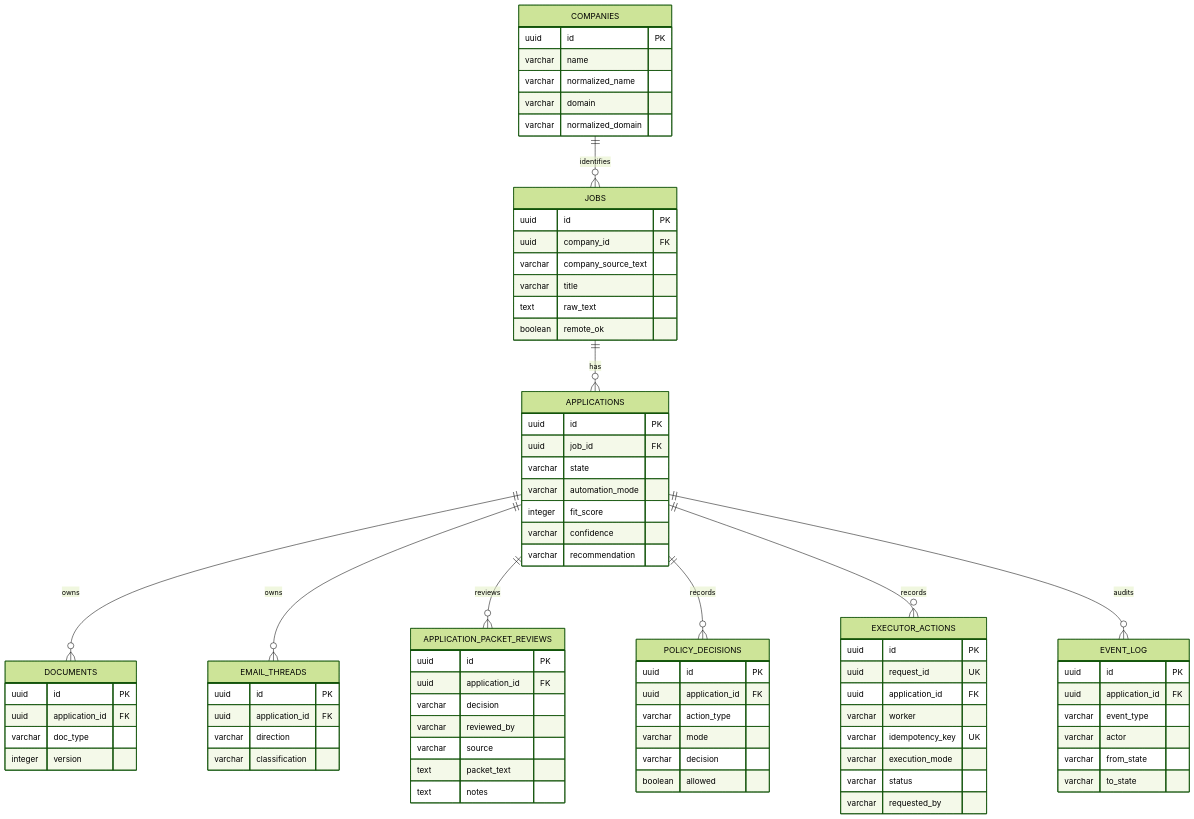
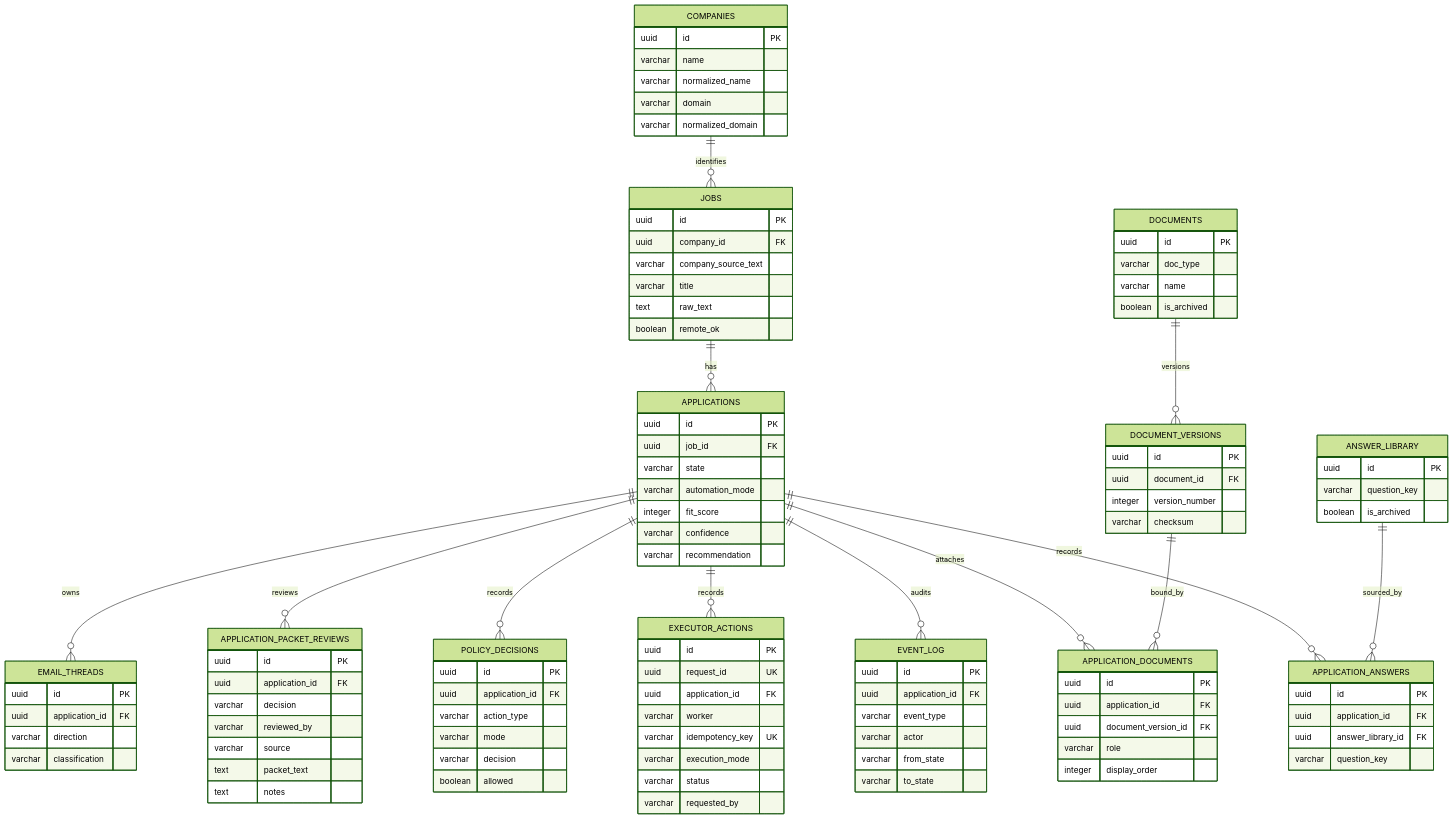
One commit to NicolayBang/ApplyGo changed the first of 2 diagrams in docs/diagrams/database-schema.md. Above: the diagram before and after it, drawn with Mermaid (forest theme). The commit also changed other lines of this file and 8 other files, not shown here.

First line of the commit message:
docs: reconcile M5 document/answer model as implemented (0012-0014)

```diff
--- a/docs/diagrams/database-schema.md
+++ b/docs/diagrams/database-schema.md
@@ -12,12 +12,16 @@
 erDiagram
     COMPANIES ||--o{ JOBS : identifies
     JOBS ||--o{ APPLICATIONS : has
-    APPLICATIONS ||--o{ DOCUMENTS : owns
     APPLICATIONS ||--o{ EMAIL_THREADS : owns
     APPLICATIONS ||--o{ APPLICATION_PACKET_REVIEWS : reviews
     APPLICATIONS ||--o{ POLICY_DECISIONS : records
     APPLICATIONS ||--o{ EXECUTOR_ACTIONS : records
     APPLICATIONS ||--o{ EVENT_LOG : audits
+    APPLICATIONS ||--o{ APPLICATION_DOCUMENTS : attaches
+    APPLICATIONS ||--o{ APPLICATION_ANSWERS : records
+    DOCUMENTS ||--o{ DOCUMENT_VERSIONS : versions
+    DOCUMENT_VERSIONS ||--o{ APPLICATION_DOCUMENTS : bound_by
+    ANSWER_LIBRARY ||--o{ APPLICATION_ANSWERS : sourced_by
 
     COMPANIES {
         uuid id PK
@@ -45,9 +49,33 @@
     }
     DOCUMENTS {
         uuid id PK
+        varchar doc_type
+        varchar name
+        boolean is_archived
+    }
+    DOCUMENT_VERSIONS {
+        uuid id PK
+        uuid document_id FK
+        integer version_number
+        varchar checksum
+    }
+    APPLICATION_DOCUMENTS {
+        uuid id PK
         uuid application_id FK
-        varchar doc_type
-        integer version
+        uuid document_version_id FK
+        varchar role
+        integer display_order
+    }
+    ANSWER_LIBRARY {
+        uuid id PK
+        varchar question_key
+        boolean is_archived
+    }
+    APPLICATION_ANSWERS {
+        uuid id PK
+        uuid application_id FK
+        uuid answer_library_id FK
+        varchar question_key
     }
     EMAIL_THREADS {
         uuid id PK
```
